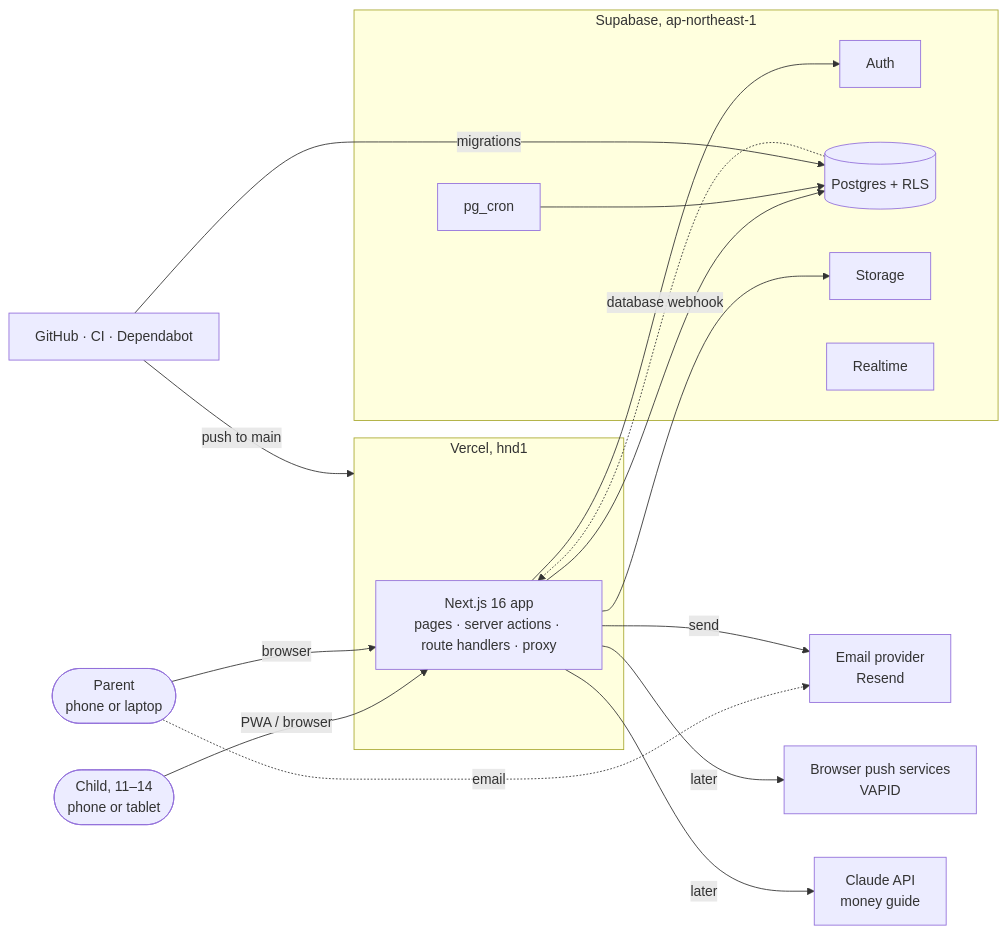
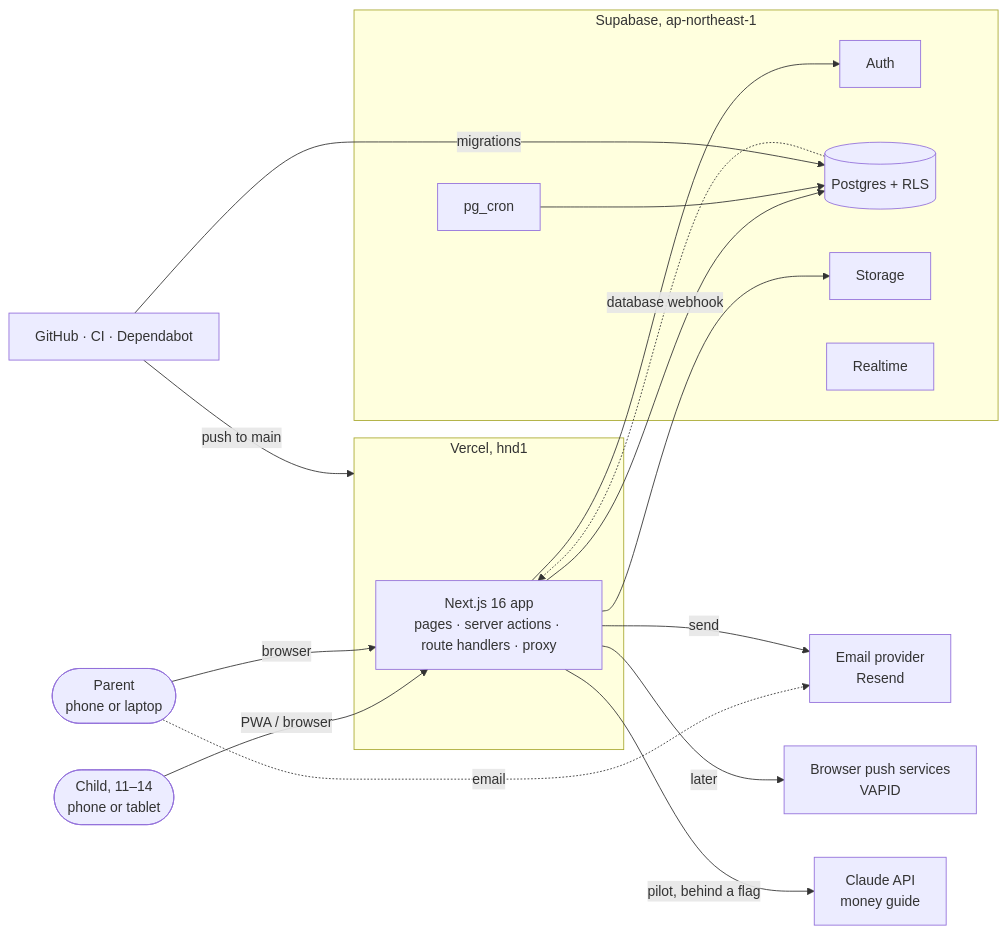
One commit to harisshakeel/Jarso changed the first of 7 diagrams in docs/architecture.md. Above: the diagram before and after it, drawn with Mermaid. The commit also changed other lines of this file and 4 other files, not shown here.

First line of the commit message:
docs(roadmap): plan Demo 2 and the final demo by FR (#36)

````diff
--- a/docs/architecture.md
+++ b/docs/architecture.md
@@ -18,26 +18,26 @@
 ```mermaid
 flowchart LR
   child([Child, 11–14<br/>phone or tablet]) -->|PWA / browser| app
   parent([Parent<br/>phone or laptop]) -->|browser| app
   parent -. email .-> email
   subgraph vercel [Vercel, hnd1]
     app[Next.js 16 app<br/>pages · server actions · route handlers · proxy]
   end
   subgraph supabase [Supabase, ap-northeast-1]
     auth[Auth]
     db[(Postgres + RLS)]
     cron[pg_cron]
     storage[Storage]
     realtime[Realtime]
   end
   app --> auth
   app --> db
   app --> storage
   cron --> db
   db -. database webhook .-> app
   app -->|send| email[Email provider<br/>Resend]
   app -->|later| push[Browser push services<br/>VAPID]
-  app -->|later| claude[Claude API<br/>money guide]
+  app -->|pilot, behind a flag| claude[Claude API<br/>money guide]
   github[GitHub · CI · Dependabot] -->|push to main| vercel
   github -->|migrations| db
 ```
````
